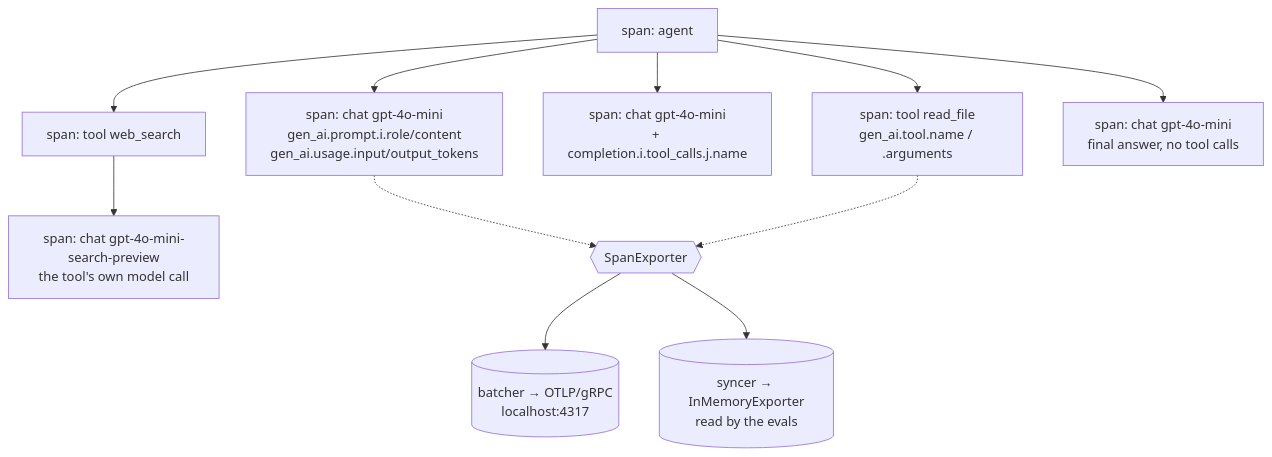
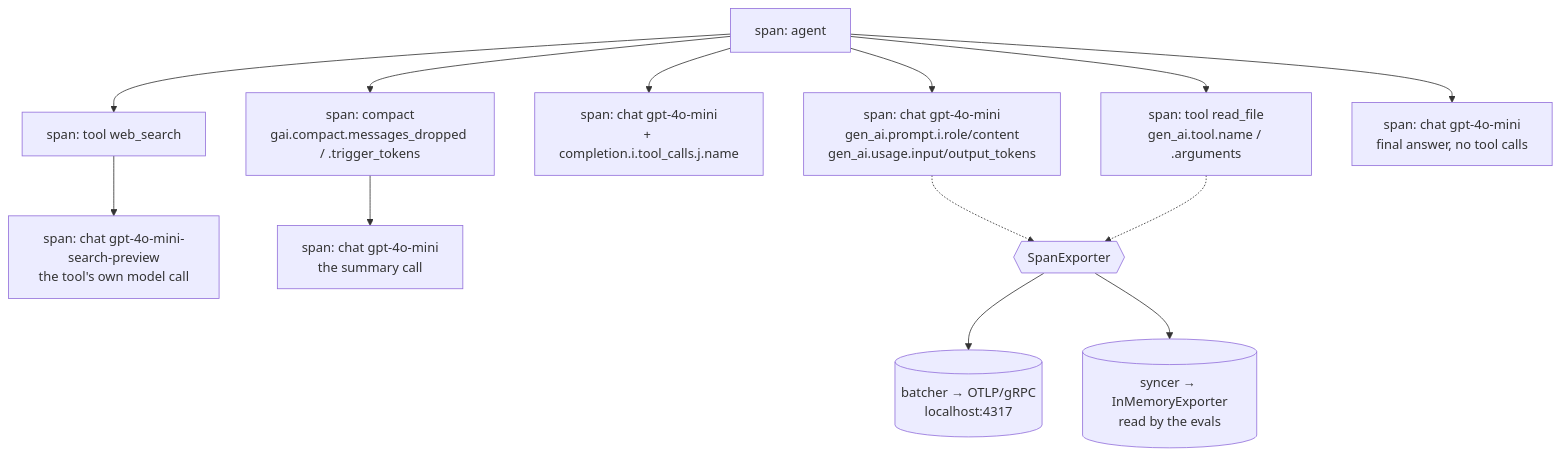
The fifth of 5 diagrams in ARCHITECTURE.md (campoy/gai), drawn with Mermaid before and after one commit. The commit also changed other lines of this file and 2 other files, not shown here.

````diff
--- a/ARCHITECTURE.md
+++ b/ARCHITECTURE.md
@@ -230,14 +288,16 @@
 ```mermaid
 flowchart TD
   a["span: agent"] --> b1["span: chat gpt-4o-mini<br/>gen_ai.prompt.i.role/content<br/>gen_ai.usage.input/output_tokens"]
   a --> t1["span: tool read_file<br/>gen_ai.tool.name / .arguments"]
   a --> b2["span: chat gpt-4o-mini<br/>+ completion.i.tool_calls.j.name"]
   a --> t2["span: tool web_search"]
   t2 --> b3["span: chat gpt-4o-mini-search-preview<br/>the tool's own model call"]
-  a --> b4["span: chat gpt-4o-mini<br/>final answer, no tool calls"]
+  a --> c["span: compact<br/>gai.compact.messages_dropped / .trigger_tokens"]
+  c --> b4["span: chat gpt-4o-mini<br/>the summary call"]
+  a --> b5["span: chat gpt-4o-mini<br/>final answer, no tool calls"]
 
   b1 -.-> exp{{"SpanExporter"}}
   t1 -.-> exp
   exp --> otlp[("batcher → OTLP/gRPC<br/>localhost:4317")]
   exp --> mem[("syncer → InMemoryExporter<br/>read by the evals")]
 ```
````
